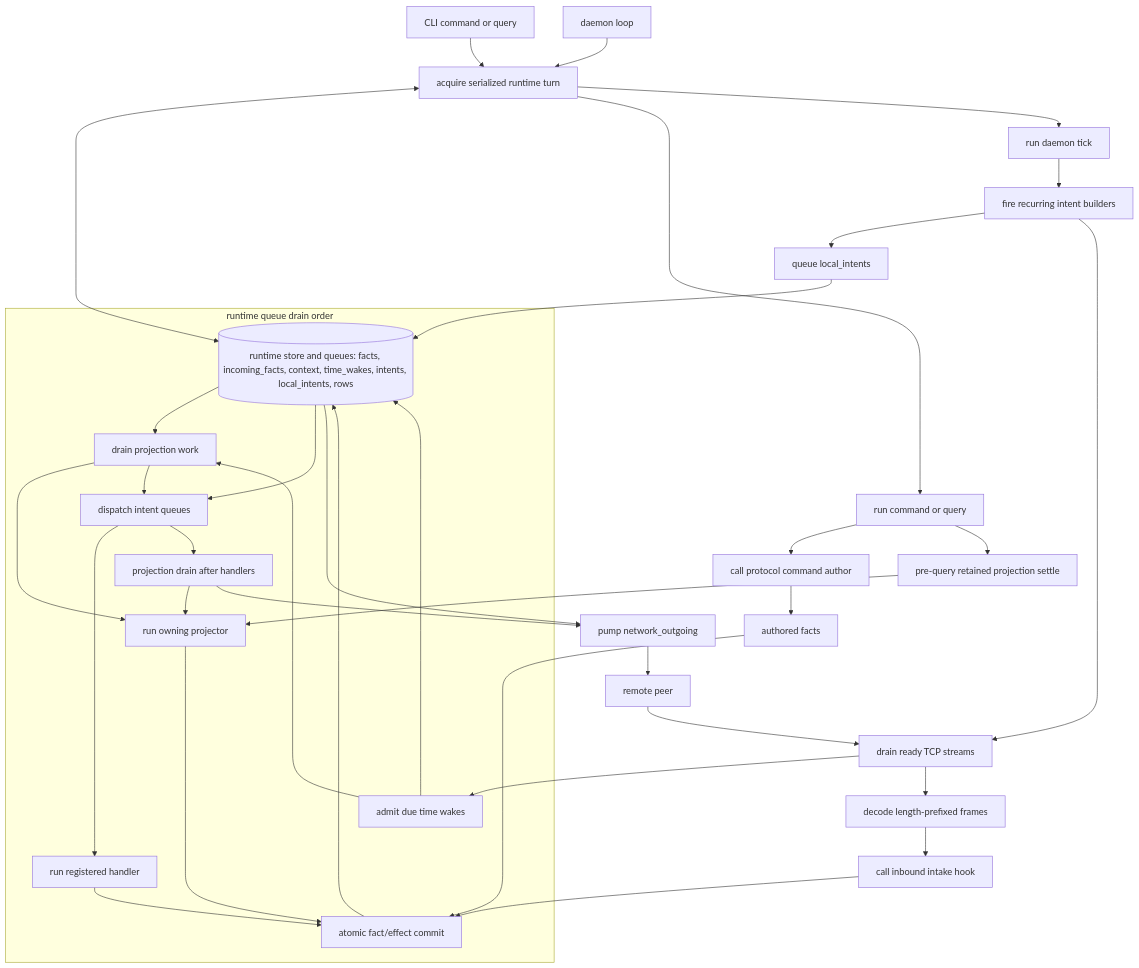
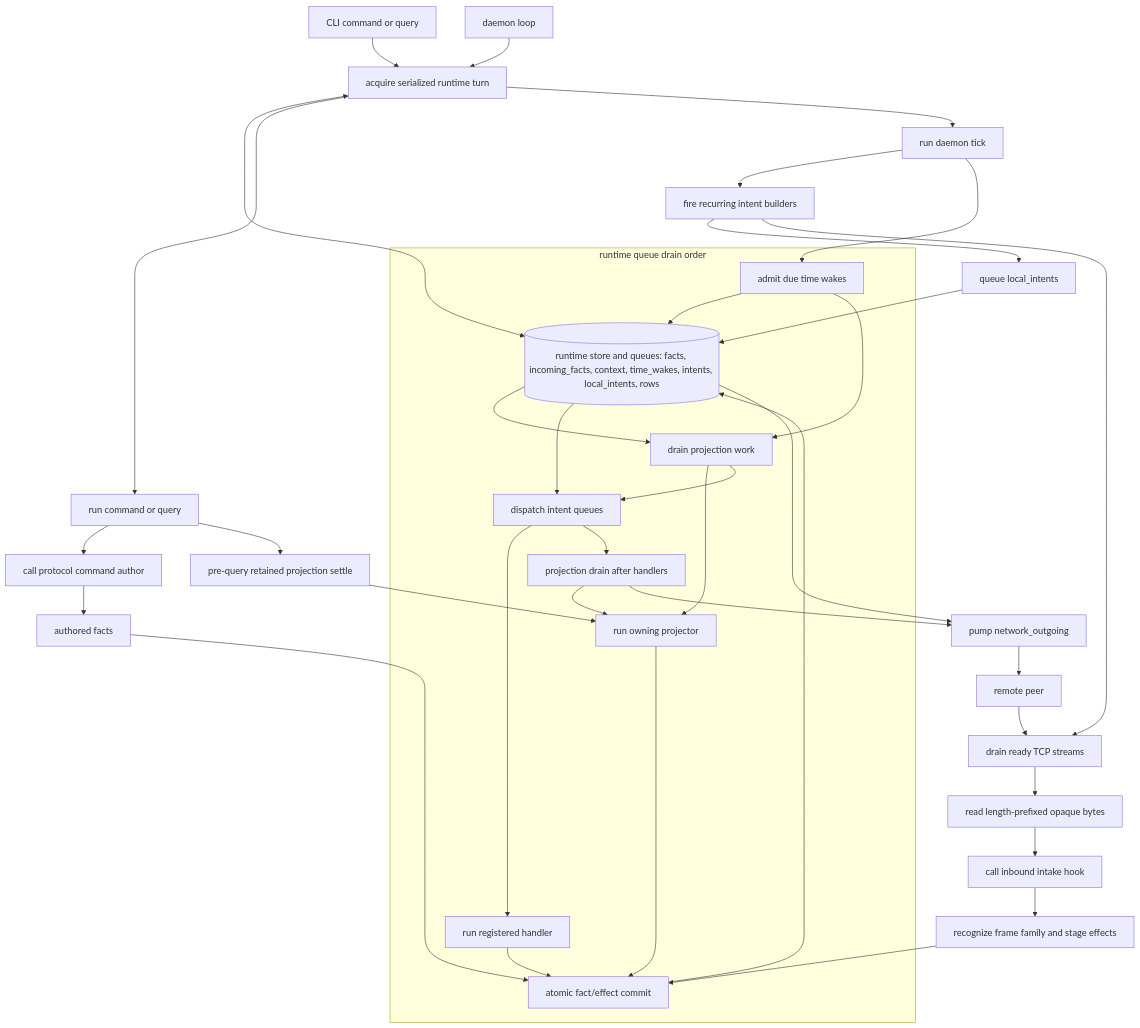
One commit to holmesworcester/poc-10 changed the first of 5 diagrams in ARCHITECTURE_DIAGRAMS.md. Above: the diagram before and after it, drawn with Mermaid. The commit also changed other lines of this file and 1 other file, not shown here.

Commit message:
Clarify opaque inbound frame intake

````diff
--- a/ARCHITECTURE_DIAGRAMS.md
+++ b/ARCHITECTURE_DIAGRAMS.md
@@ -21,44 +22,45 @@
 ```mermaid
 %%{init: {"flowchart": {"wrappingWidth": 320}} }%%
 flowchart TD
     CLI["CLI command or query"] --> TURN["acquire serialized runtime turn"]
     DAEMON["daemon loop"] --> TURN
     TURN <--> STORE[("runtime store and queues: facts, incoming_facts, context, time_wakes, intents, local_intents, rows")]
 
     TURN --> COMMAND_PATH["run command or query"]
     COMMAND_PATH --> COMMANDS["call protocol command author"]
     COMMANDS --> COMMAND_FACTS["authored facts"]
     COMMAND_FACTS --> COMMIT["atomic fact/effect commit"]
     COMMAND_PATH --> PREQUERY["pre-query retained projection settle"]
     PREQUERY --> PROJECTOR
 
     TURN --> DAEMON_PATH["run daemon tick"]
     DAEMON_PATH --> FIRE["fire recurring intent builders"]
     FIRE --> LOCAL_QUEUE["queue local_intents"]
     LOCAL_QUEUE --> STORE
     FIRE --> NET_IN["drain ready TCP streams"]
-    NET_IN --> FRAME["decode length-prefixed frames"]
+    NET_IN --> FRAME["read length-prefixed opaque bytes"]
     FRAME --> INTAKE["call inbound intake hook"]
-    INTAKE --> COMMIT
-    NET_IN --> TIME["admit due time wakes"]
+    INTAKE --> RECOGNIZE["recognize frame family and stage effects"]
+    RECOGNIZE --> COMMIT
+    DAEMON_PATH --> TIME["admit due time wakes"]
     TIME --> STORE
 
     subgraph DRAIN["runtime queue drain order"]
       TIME --> PROJECTION_A["drain projection work"]
       STORE --> PROJECTION_A
       PROJECTION_A --> PROJECTOR["run owning projector"]
       PROJECTOR --> COMMIT
       PROJECTION_A --> DISPATCH["dispatch intent queues"]
       STORE --> DISPATCH
       DISPATCH --> HANDLERS["run registered handler"]
       HANDLERS --> COMMIT
       DISPATCH --> PROJECTION_B["projection drain after handlers"]
       PROJECTION_B --> PROJECTOR
     end
 
     COMMIT --> STORE
     PROJECTION_B --> NET_OUT["pump network_outgoing"]
     STORE --> NET_OUT
     NET_OUT --> PEER["remote peer"]
     PEER --> NET_IN
 ```
````
